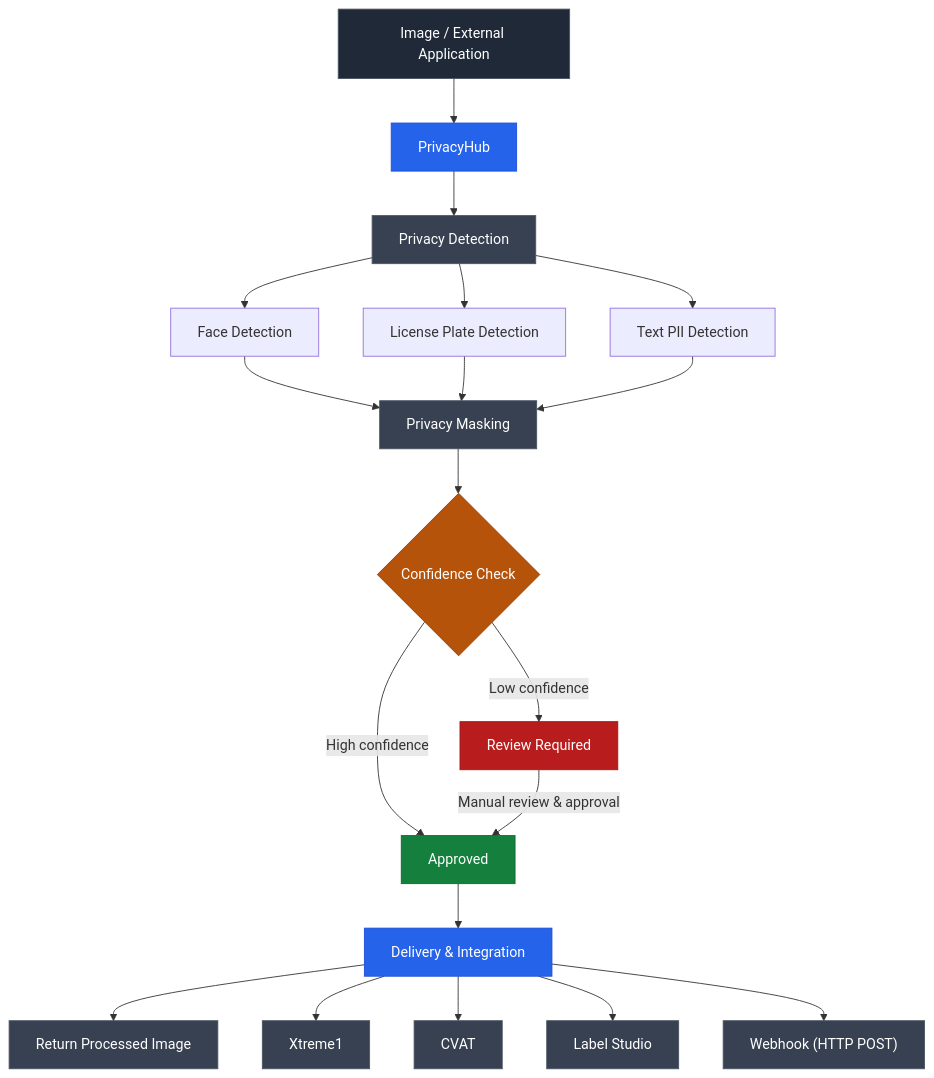
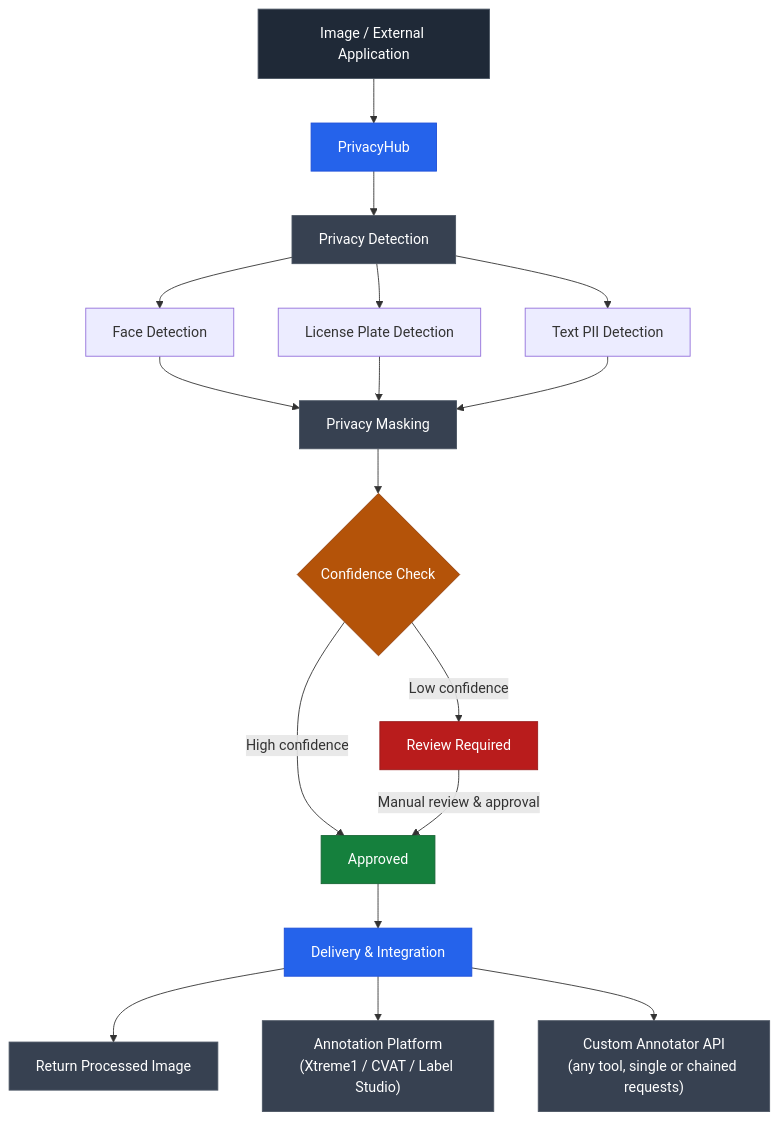
One commit to snehaja05d/privacy-preserving-annotation changed the first of 2 diagrams in README.md. Above: the diagram before and after it, drawn with Mermaid. The commit also changed other lines of this file, not shown here.

First line of the commit message:
Revise image delivery methods and API workflow

````diff
--- a/README.md
+++ b/README.md
@@ -30,35 +31,31 @@
 ```mermaid
 flowchart TD
     A["Image / External Application"] --> B["PrivacyHub"]
     B --> C["Privacy Detection"]
     C --> D["Face Detection"]
     C --> E["License Plate Detection"]
     C --> F["Text PII Detection"]
     D --> G["Privacy Masking"]
     E --> G
     F --> G
     G --> H{"Confidence Check"}
     H -->|High confidence| I["Approved"]
     H -->|Low confidence| J["Review Required"]
     J -->|Manual review & approval| I
     I --> K["Delivery & Integration"]
     K --> L["Return Processed Image"]
-    K --> M["Xtreme1"]
-    K --> N["CVAT"]
-    K --> O["Label Studio"]
-    K --> P["Webhook (HTTP POST)"]
+    K --> M["Annotation Platform<br/>(Xtreme1 / CVAT / Label Studio)"]
+    K --> N["Custom Annotator API<br/>(any tool, single or chained requests)"]
 
     style A fill:#1f2937,stroke:#4b5563,color:#fff
     style B fill:#2563eb,stroke:#1d4ed8,color:#fff
     style C fill:#374151,stroke:#4b5563,color:#fff
     style G fill:#374151,stroke:#4b5563,color:#fff
     style H fill:#b45309,stroke:#92400e,color:#fff
     style I fill:#15803d,stroke:#166534,color:#fff
     style J fill:#b91c1c,stroke:#991b1b,color:#fff
     style K fill:#2563eb,stroke:#1d4ed8,color:#fff
     style L fill:#374151,stroke:#4b5563,color:#fff
     style M fill:#374151,stroke:#4b5563,color:#fff
     style N fill:#374151,stroke:#4b5563,color:#fff
-    style O fill:#374151,stroke:#4b5563,color:#fff
-    style P fill:#374151,stroke:#4b5563,color:#fff
 ```
````
